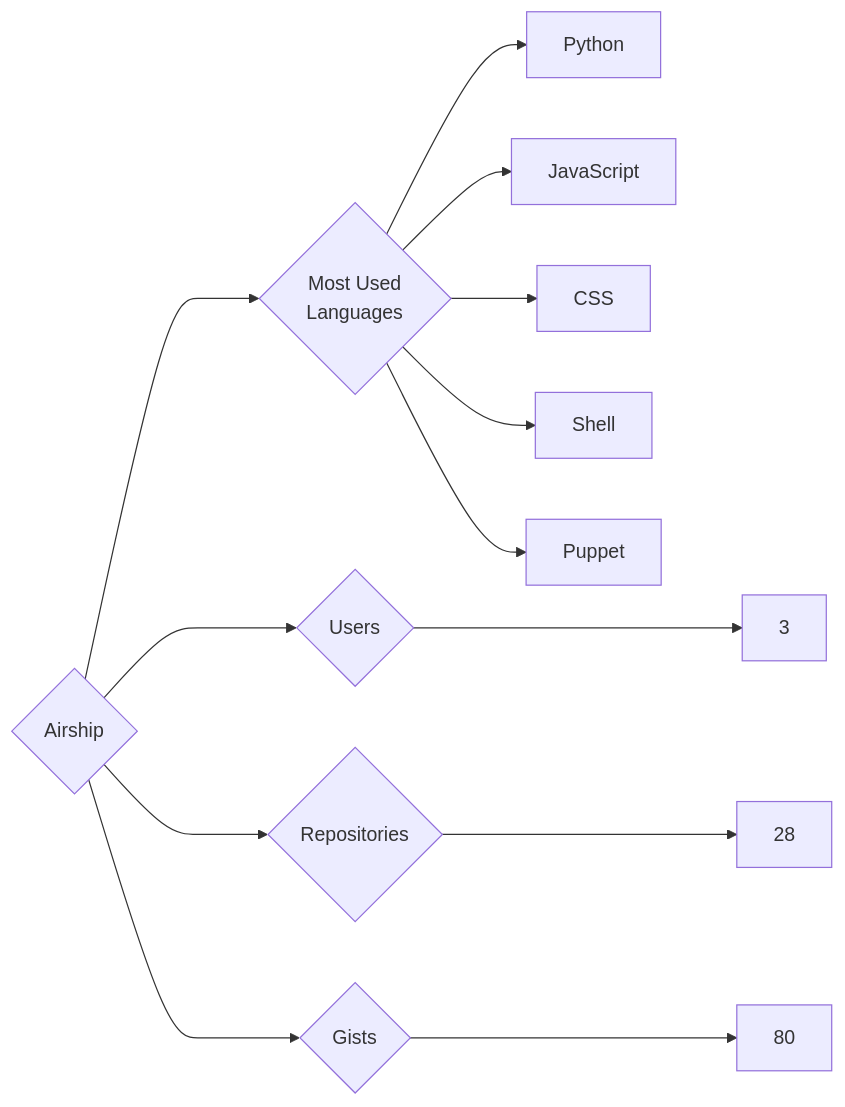
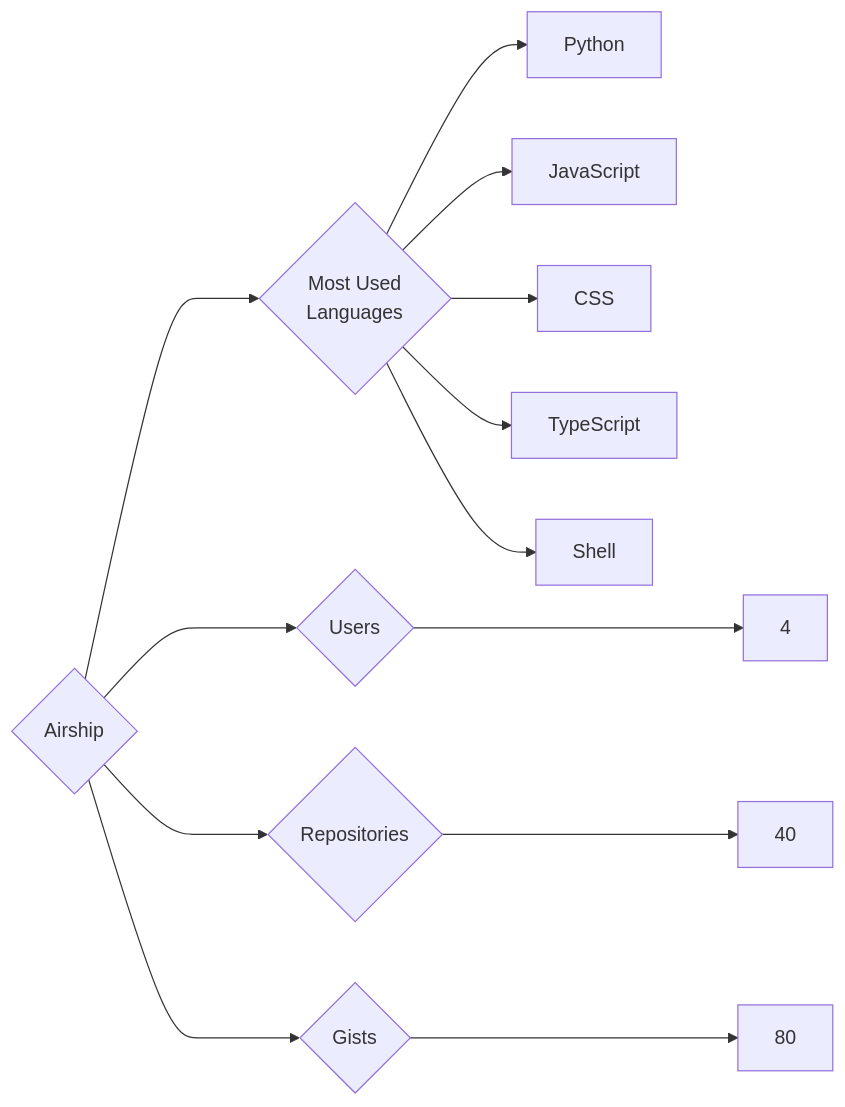
One commit to trickest/insiders changed the diagram in targets/Airship/README.md. Above: the diagram before and after it, drawn with Mermaid. The commit also changed 942 other files, not shown here.

````diff
--- a/targets/Airship/README.md
+++ b/targets/Airship/README.md
@@ -3,13 +3,13 @@
 ```mermaid
 graph LR
 COMPANY_NAME{Airship}
-COMPANY_NAME ---> U{Users} ---> UN[3]
-COMPANY_NAME ---> R{Repositories} ---> RN[28]
+COMPANY_NAME ---> U{Users} ---> UN[4]
+COMPANY_NAME ---> R{Repositories} ---> RN[40]
 COMPANY_NAME ---> G{Gists} ---> GN[80]
 COMPANY_NAME ---> ML{Most Used<br>Languages}
 ML --> Python[Python]
 ML --> JavaScript[JavaScript]
 ML --> CSS[CSS]
+ML --> TypeScript[TypeScript]
 ML --> Shell[Shell]
-ML --> Puppet[Puppet]
 ```
````
